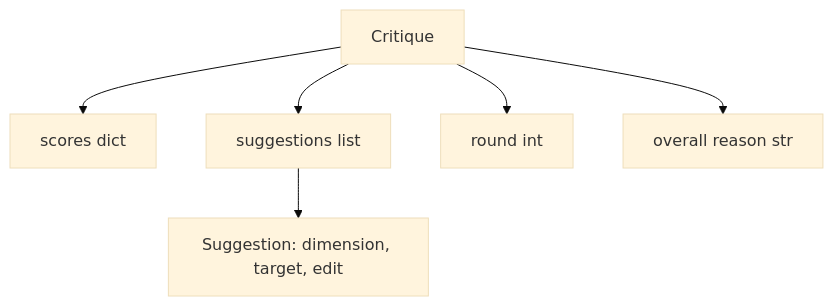
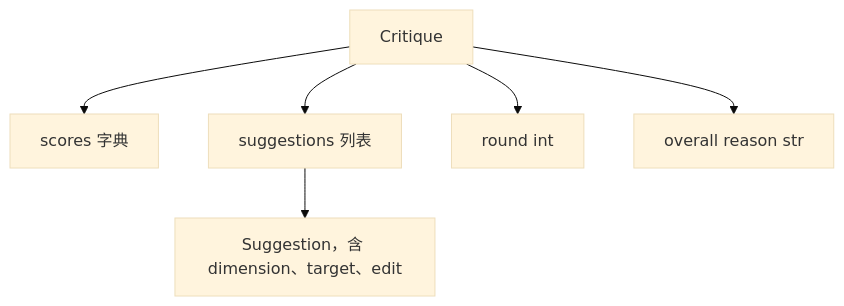
Before and after one commit to JerryC8080/ai-engineering-from-scratch-zh: the second of 4 diagrams in phases/19-capstone-projects/55-critic-loop/docs/zh.md, drawn with Mermaid (base theme). The commit also changed other lines of this file and 156 other files, not shown here.

First line of the commit message:
i18n(zh): translate mermaid diagram labels in 157 lesson zh.md

````diff
--- a/phases/19-capstone-projects/55-critic-loop/docs/zh.md
+++ b/phases/19-capstone-projects/55-critic-loop/docs/zh.md
@@ -42,8 +42,8 @@
 ```mermaid
 flowchart TB
-    Critique[Critique] --> Scores[scores dict]
-    Critique --> Sugg[suggestions list]
-    Sugg --> S1[Suggestion: dimension, target, edit]
+    Critique[Critique] --> Scores[scores 字典]
+    Critique --> Sugg[suggestions 列表]
+    Sugg --> S1[Suggestion，含 dimension、target、edit]
     Critique --> Round[round int]
     Critique --> Reason[overall reason str]
 ```
````
